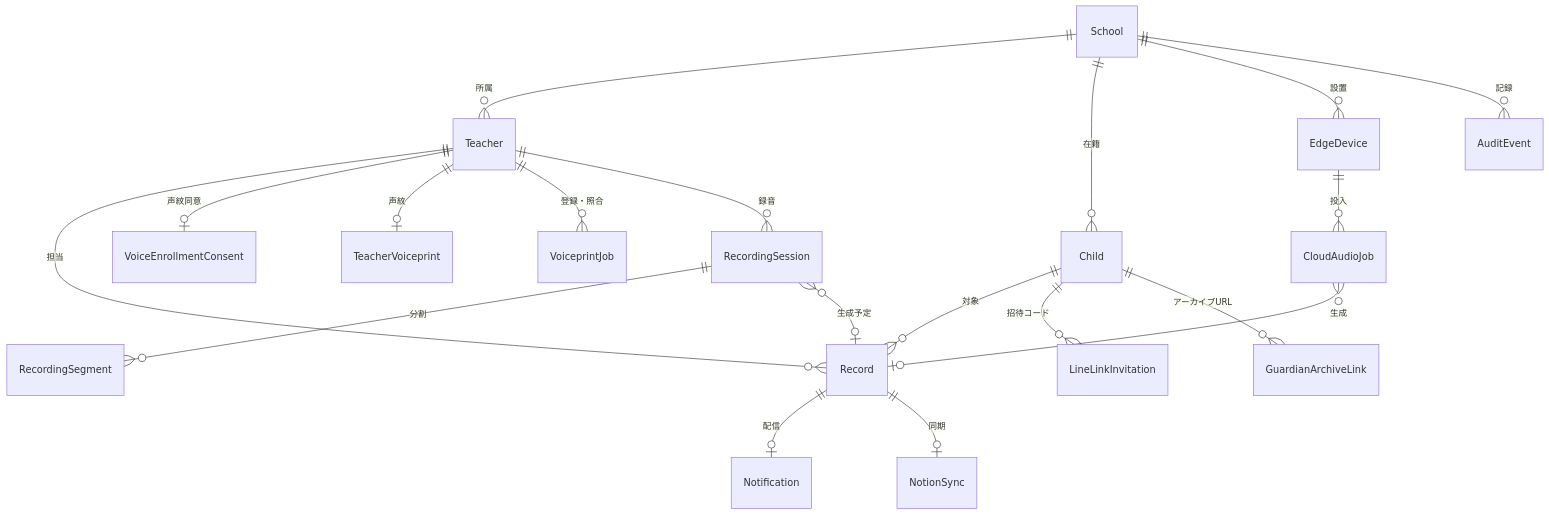
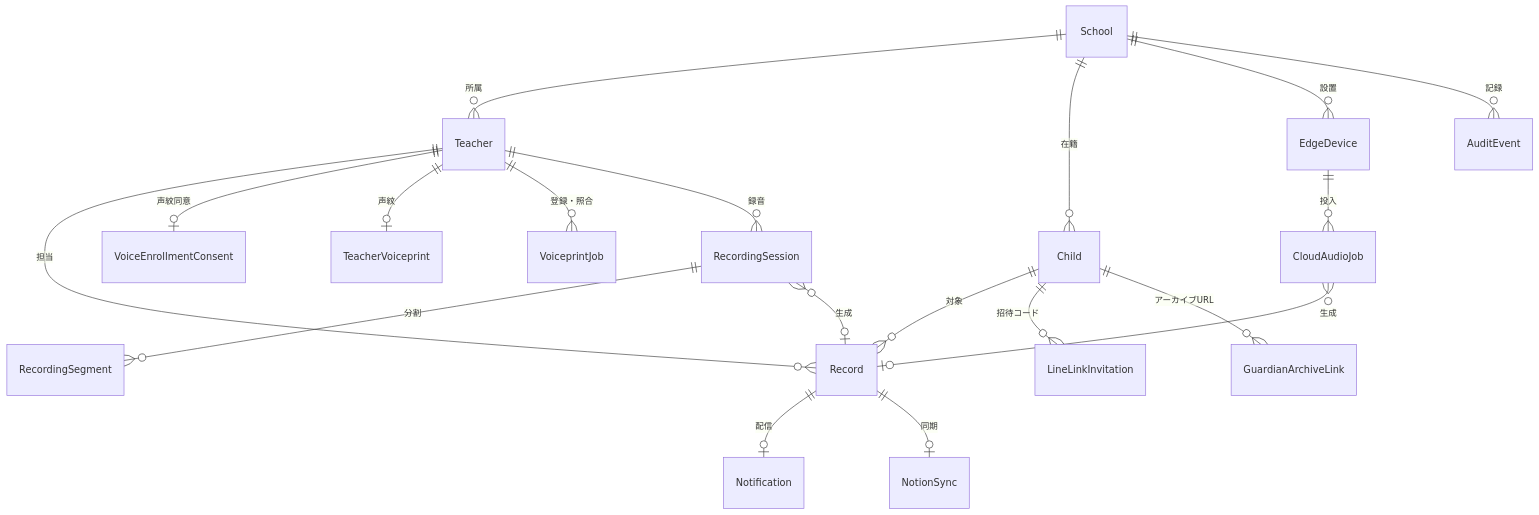
The first of 2 diagrams in docs/architecture/data-model.md (fuji0567/small-step), drawn with Mermaid before and after one commit. The commit also changed other lines of this file and 31 other files, not shown here.

````diff
--- a/docs/architecture/data-model.md
+++ b/docs/architecture/data-model.md
@@ -12,21 +12,21 @@
 ```mermaid
 erDiagram
     School ||--o{ Teacher : "所属"
     School ||--o{ Child : "在籍"
     School ||--o{ EdgeDevice : "設置"
     School ||--o{ AuditEvent : "記録"
     Teacher ||--o{ Record : "担当"
     Teacher ||--o| VoiceEnrollmentConsent : "声紋同意"
     Teacher ||--o| TeacherVoiceprint : "声紋"
     Teacher ||--o{ VoiceprintJob : "登録・照合"
     Child ||--o{ Record : "対象"
     Child ||--o{ LineLinkInvitation : "招待コード"
     Child ||--o{ GuardianArchiveLink : "アーカイブURL"
     Record ||--o| Notification : "配信"
     Record ||--o| NotionSync : "同期"
     EdgeDevice ||--o{ CloudAudioJob : "投入"
     CloudAudioJob }o--o| Record : "生成"
     Teacher ||--o{ RecordingSession : "録音"
     RecordingSession ||--o{ RecordingSegment : "分割"
-    RecordingSession }o--o| Record : "生成予定"
+    RecordingSession }o--o| Record : "生成"
 ```
````
